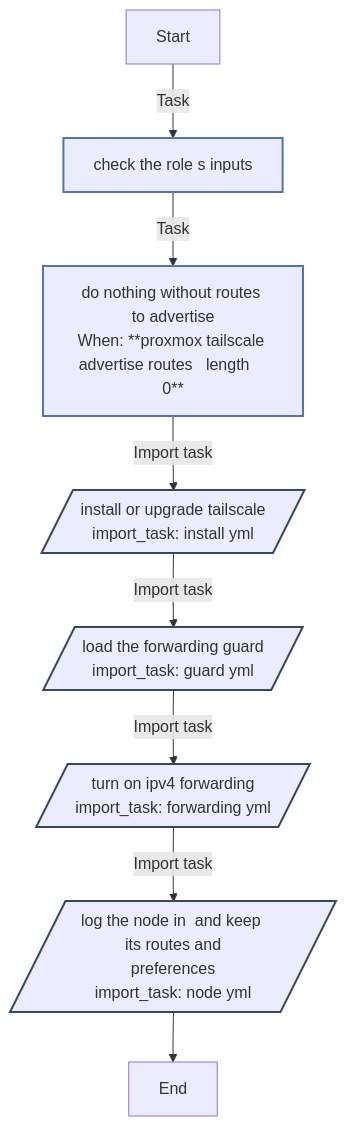
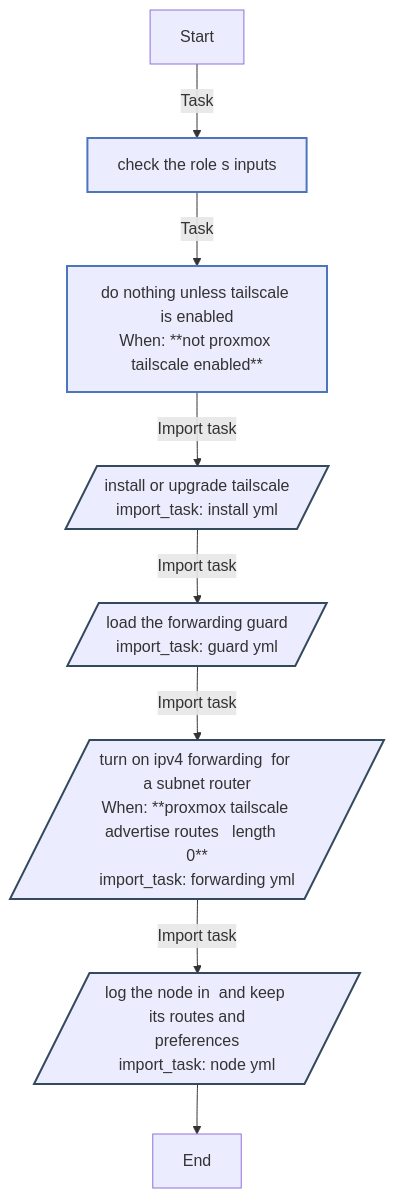
One commit to kawadeomkar/homeserver changed the fourth of 5 diagrams in roles/proxmox_tailscale/REFERENCE.md. Above: the diagram before and after it, drawn with Mermaid. The commit also changed other lines of this file and 18 other files, not shown here.

````diff
--- a/roles/proxmox_tailscale/REFERENCE.md
+++ b/roles/proxmox_tailscale/REFERENCE.md
@@ -373,20 +384,20 @@
 ```mermaid
 flowchart TD
 Start
 classDef block stroke:#3498db,stroke-width:2px;
 classDef task stroke:#4b76bb,stroke-width:2px;
 classDef includeTasks stroke:#16a085,stroke-width:2px;
 classDef importTasks stroke:#34495e,stroke-width:2px;
 classDef includeRole stroke:#2980b9,stroke-width:2px;
 classDef importRole stroke:#699ba7,stroke-width:2px;
 classDef includeVars stroke:#8e44ad,stroke-width:2px;
 classDef rescue stroke:#665352,stroke-width:2px;
 
   Start-->|Task| Check_the_role_s_inputs0[check the role s inputs]:::task
-  Check_the_role_s_inputs0-->|Task| Do_nothing_without_routes_to_advertise1[do nothing without routes to advertise<br>When: **proxmox tailscale advertise routes   length    0**]:::task
-  Do_nothing_without_routes_to_advertise1-->|Import task| Install_or_upgrade_Tailscale_install_yml_2[/install or upgrade tailscale<br>import_task: install yml/]:::importTasks
+  Check_the_role_s_inputs0-->|Task| Do_nothing_unless_Tailscale_is_enabled1[do nothing unless tailscale is enabled<br>When: **not proxmox tailscale enabled**]:::task
+  Do_nothing_unless_Tailscale_is_enabled1-->|Import task| Install_or_upgrade_Tailscale_install_yml_2[/install or upgrade tailscale<br>import_task: install yml/]:::importTasks
   Install_or_upgrade_Tailscale_install_yml_2-->|Import task| Load_the_forwarding_guard_guard_yml_3[/load the forwarding guard<br>import_task: guard yml/]:::importTasks
-  Load_the_forwarding_guard_guard_yml_3-->|Import task| Turn_on_IPv4_forwarding_forwarding_yml_4[/turn on ipv4 forwarding<br>import_task: forwarding yml/]:::importTasks
-  Turn_on_IPv4_forwarding_forwarding_yml_4-->|Import task| Log_the_node_in__and_keep_its_routes_and_preferences_node_yml_5[/log the node in  and keep its routes and<br>preferences<br>import_task: node yml/]:::importTasks
+  Load_the_forwarding_guard_guard_yml_3-->|Import task| Turn_on_IPv4_forwarding__for_a_subnet_router_forwarding_yml_4[/turn on ipv4 forwarding  for a subnet router<br>When: **proxmox tailscale advertise routes   length   0**<br>import_task: forwarding yml/]:::importTasks
+  Turn_on_IPv4_forwarding__for_a_subnet_router_forwarding_yml_4-->|Import task| Log_the_node_in__and_keep_its_routes_and_preferences_node_yml_5[/log the node in  and keep its routes and<br>preferences<br>import_task: node yml/]:::importTasks
   Log_the_node_in__and_keep_its_routes_and_preferences_node_yml_5-->End
 ```
````
